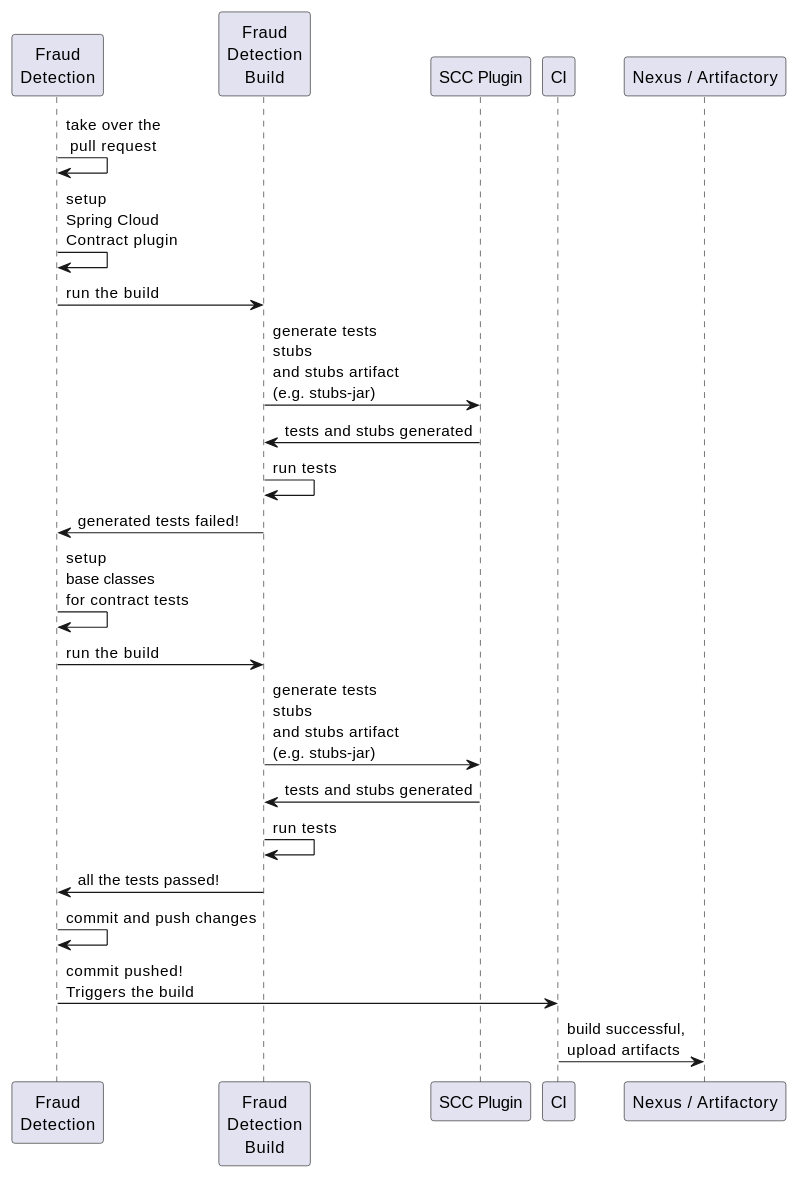
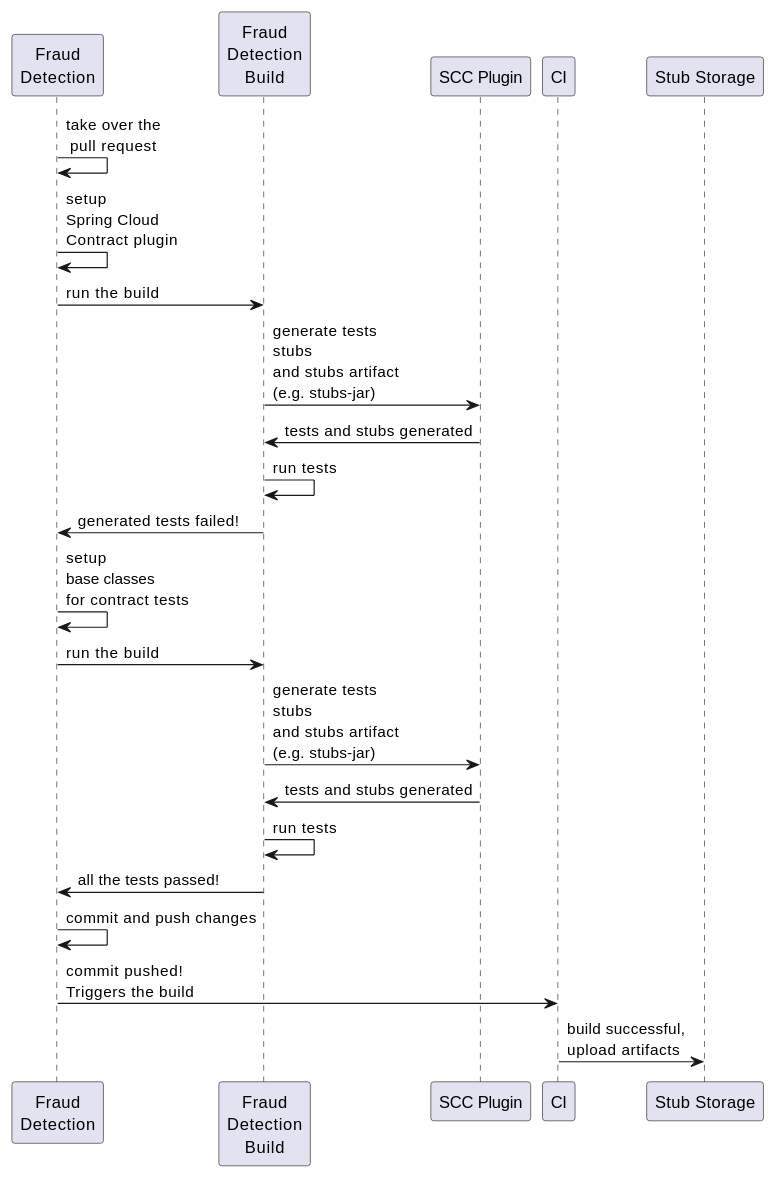
The third of 4 diagrams in docs/src/main/asciidoc/getting-started.adoc (spring-cloud/spring-cloud-contract), drawn with PlantUML before and after one commit. The commit also changed other lines of this file and 4 other files, not shown here.

```diff
--- a/docs/src/main/asciidoc/getting-started.adoc
+++ b/docs/src/main/asciidoc/getting-started.adoc
@@ -906,19 +916,19 @@
 [plantuml, getting-started-cdc-server, png]
 ----
 "Fraud\nDetection"->"Fraud\nDetection": take over the\n pull request
 "Fraud\nDetection"->"Fraud\nDetection": setup\nSpring Cloud\nContract plugin
 "Fraud\nDetection"->"Fraud\nDetection\nBuild": run the build
 "Fraud\nDetection\nBuild"->"SCC Plugin": generate tests\nstubs \nand stubs artifact \n(e.g. stubs-jar)
 "SCC Plugin"->"Fraud\nDetection\nBuild": tests and stubs generated
 "Fraud\nDetection\nBuild"->"Fraud\nDetection\nBuild": run tests
 "Fraud\nDetection\nBuild"->"Fraud\nDetection": generated tests failed!
 "Fraud\nDetection"->"Fraud\nDetection": setup\nbase classes\nfor contract tests
 "Fraud\nDetection"->"Fraud\nDetection\nBuild": run the build
 "Fraud\nDetection\nBuild"->"SCC Plugin": generate tests\nstubs \nand stubs artifact \n(e.g. stubs-jar)
 "SCC Plugin"->"Fraud\nDetection\nBuild": tests and stubs generated
 "Fraud\nDetection\nBuild"->"Fraud\nDetection\nBuild": run tests
 "Fraud\nDetection\nBuild"->"Fraud\nDetection": all the tests passed!
 "Fraud\nDetection"->"Fraud\nDetection": commit and push changes
 "Fraud\nDetection"->"CI": commit pushed!\nTriggers the build
-"CI"->"Nexus / Artifactory": build successful,\nupload artifacts
+"CI"->"Stub Storage": build successful,\nupload artifacts
 ----
```
